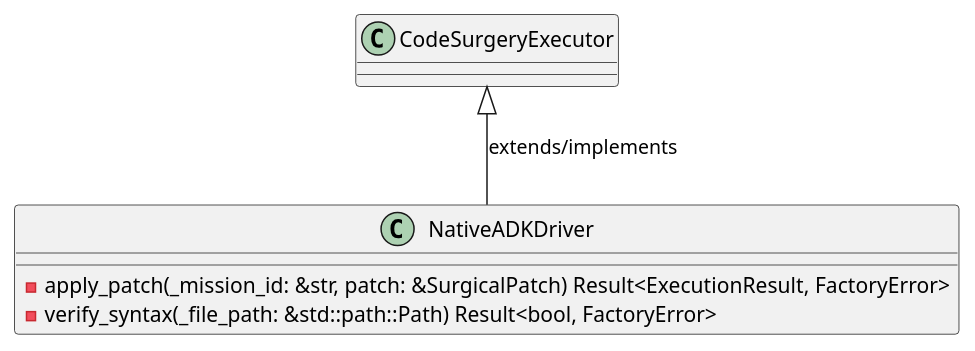
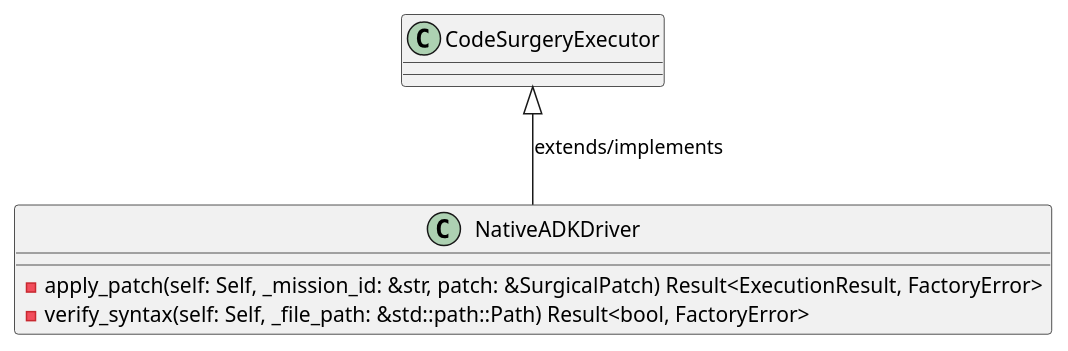
One commit to lgcorzo/rust_CACD_autonomous_factory changed the first of 6 diagrams in openwiki/crates_factory_application_src_bridge_adk_driver.md. Above: the diagram before and after it, drawn with PlantUML. The commit also changed other lines of this file and 95 other files, not shown here.

````diff
--- a/openwiki/crates_factory_application_src_bridge_adk_driver.md
+++ b/openwiki/crates_factory_application_src_bridge_adk_driver.md
@@ -74,10 +74,10 @@
 ```plantuml
 @startuml
 class NativeADKDriver {
-    -apply_patch(_mission_id: &str, patch: &SurgicalPatch) Result<ExecutionResult, FactoryError>
-    -verify_syntax(_file_path: &std::path::Path) Result<bool, FactoryError>
+    -apply_patch(self: Self, _mission_id: &str, patch: &SurgicalPatch) Result<ExecutionResult, FactoryError>
+    -verify_syntax(self: Self, _file_path: &std::path::Path) Result<bool, FactoryError>
 }
 CodeSurgeryExecutor <|-- NativeADKDriver : extends/implements
 @enduml
 
 ```
````
